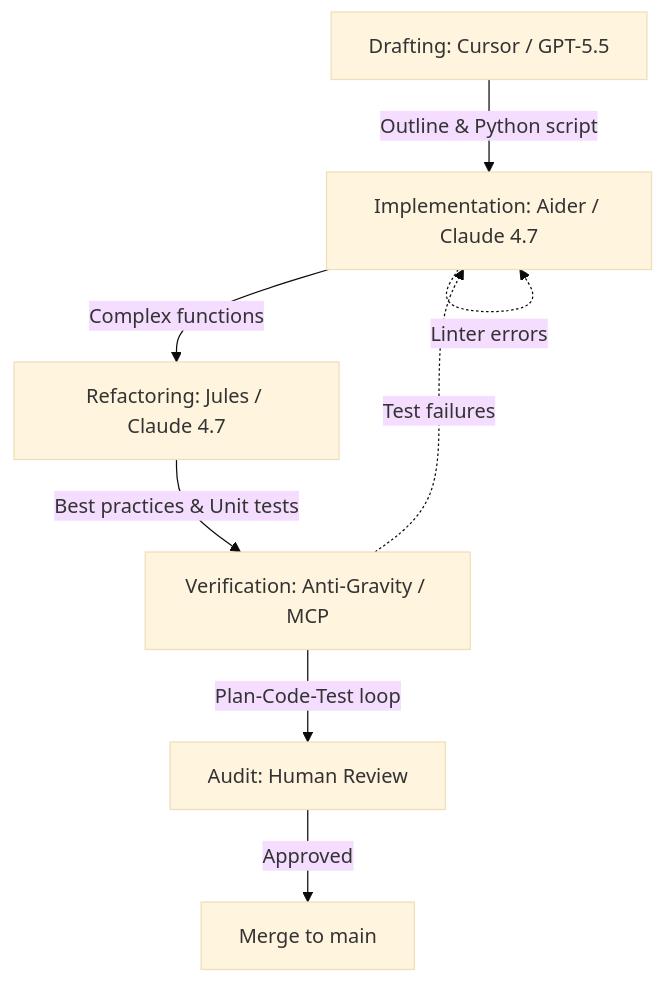
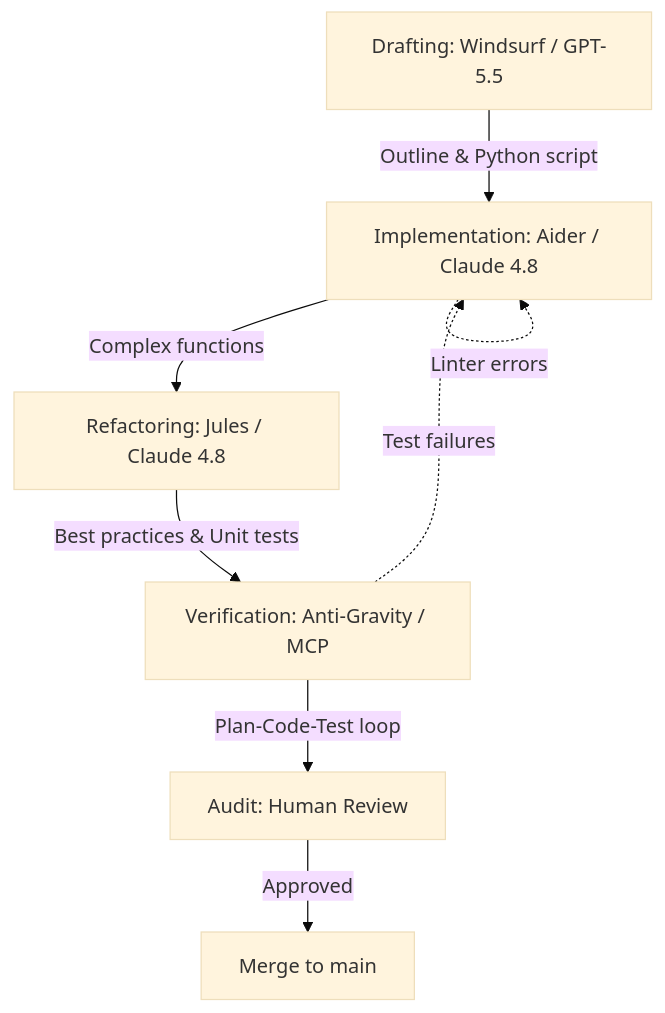
The diagram in docs/playbooks/dev-workflow-ai-assisted.md (joanmarcriera/Home-office-automations), drawn with Mermaid (base theme) before and after one commit. The commit also changed other lines of this file and 4 other files, not shown here.

````diff
--- a/docs/playbooks/dev-workflow-ai-assisted.md
+++ b/docs/playbooks/dev-workflow-ai-assisted.md
@@ -70,10 +97,10 @@
 ```mermaid
 flowchart TD
-    A[Drafting: Cursor / GPT-5.5] -->|Outline & Python script| B[Implementation: Aider / Claude 4.7]
-    B -->|Complex functions| C[Refactoring: Jules / Claude 4.7]
+    A[Drafting: Windsurf / GPT-5.5] -->|Outline & Python script| B[Implementation: Aider / Claude 4.8]
+    B -->|Complex functions| C[Refactoring: Jules / Claude 4.8]
     C -->|Best practices & Unit tests| D[Verification: Anti-Gravity / MCP]
     D -->|Plan-Code-Test loop| E[Audit: Human Review]
     E -->|Approved| F[Merge to main]
     B -.->|Linter errors| B
     D -.->|Test failures| B
 ```
````
